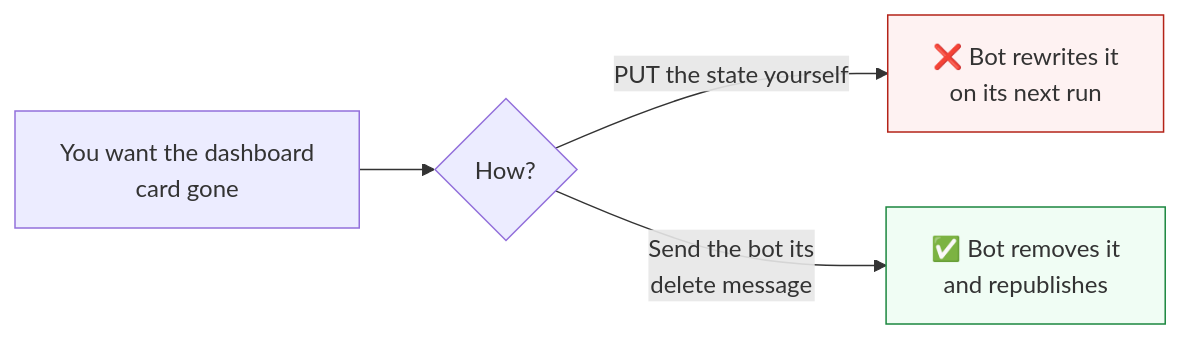
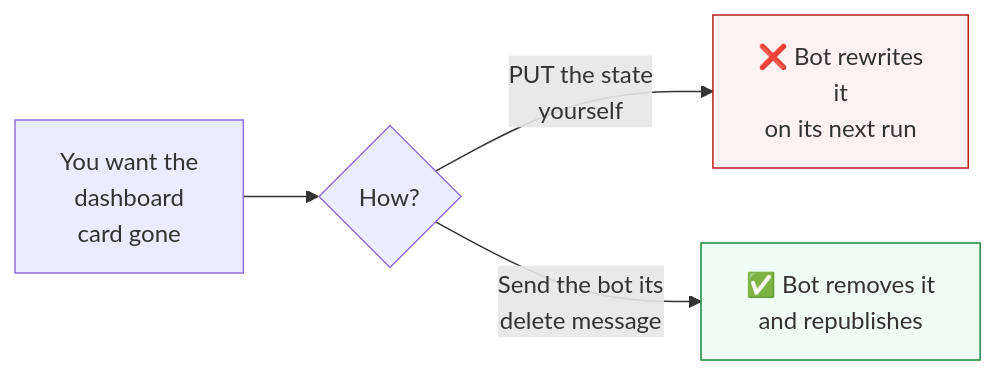
One commit to CareDailyAI/docs changed the second of 2 diagrams in concepts/data_streams_and_state.md. Above: the diagram before and after it, drawn with Mermaid. The commit also changed 30 other files, not shown here.

First line of the commit message:
Diagrams: wrap every flowchart label to short rows so Chrome stops clipping them

````diff
--- a/concepts/data_streams_and_state.md
+++ b/concepts/data_streams_and_state.md
@@ -106,8 +106,8 @@
 ```mermaid
 flowchart LR
-    A["You want the dashboard<br/>card gone"] --> B{"How?"}
-    B -->|"PUT the state yourself"| C["❌ Bot rewrites it<br/>on its next run"]
+    A["You want the<br/>dashboard<br/>card gone"] --> B{"How?"}
+    B -->|"PUT the state<br/>yourself"| C["❌ Bot rewrites<br/>it<br/>on its next run"]
     B -->|"Send the bot its<br/>delete message"| D["✅ Bot removes it<br/>and republishes"]
     style C fill:#fef2f2,stroke:#b42318
     style D fill:#f0fdf4,stroke:#1b873f
 ```
````
